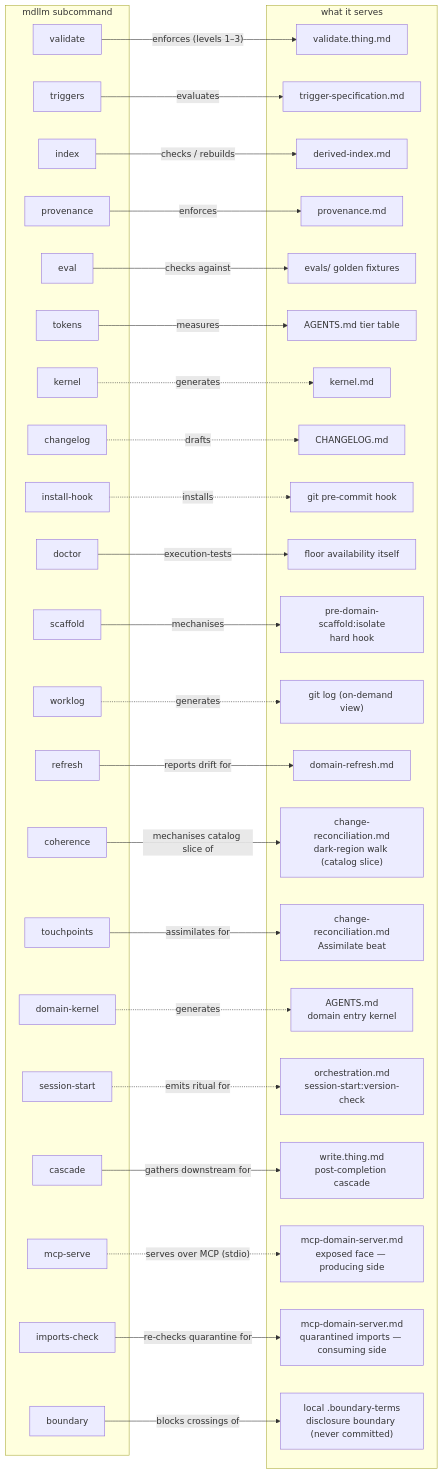
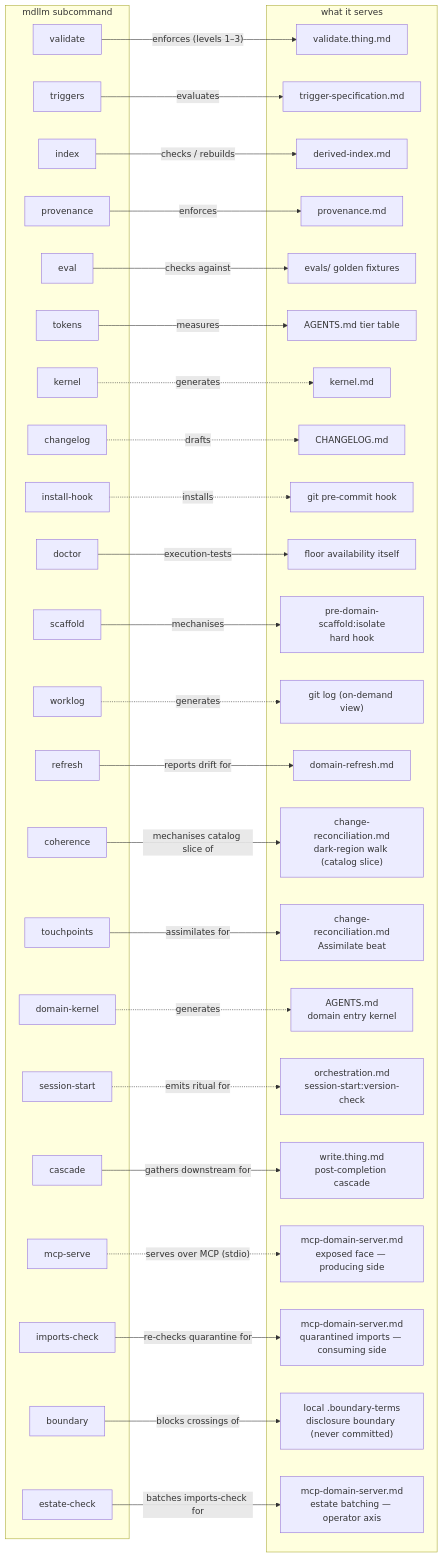
Before and after one commit to JanoshMoshiri/MarkdownLLM: the third of 3 diagrams in docs/framework-map.md, drawn with Mermaid. The commit also changed other lines of this file and 5 other files, not shown here.

````diff
--- a/docs/framework-map.md
+++ b/docs/framework-map.md
@@ -174,71 +174,74 @@
 ```mermaid
 flowchart LR
     subgraph cli ["mdllm subcommand"]
         C1["validate"]
         C2["triggers"]
         C3["index"]
         C4["provenance"]
         C5["eval"]
         C6["tokens"]
         C7["kernel"]
         C8["changelog"]
         C9["install-hook"]
         C10["doctor"]
         C11["scaffold"]
         C12["worklog"]
         C13["refresh"]
         C14["coherence"]
         C15["touchpoints"]
         C16["domain-kernel"]
         C17["session-start"]
         C18["cascade"]
         C19["mcp-serve"]
         C20["imports-check"]
         C21["boundary"]
+        C22["estate-check"]
     end
     subgraph target ["what it serves"]
         T1["validate.thing.md"]
         T2["trigger-specification.md"]
         T3["derived-index.md"]
         T4["provenance.md"]
         T5["evals/ golden fixtures"]
         T6["AGENTS.md tier table"]
         T7["kernel.md"]
         T8["CHANGELOG.md"]
         T9["git pre-commit hook"]
         T10["floor availability itself"]
         T11["pre-domain-scaffold:isolate<br/>hard hook"]
         T12["git log (on-demand view)"]
         T13["domain-refresh.md"]
         T14["change-reconciliation.md<br/>dark-region walk (catalog slice)"]
         T15["change-reconciliation.md<br/>Assimilate beat"]
         T16["AGENTS.md<br/>domain entry kernel"]
         T17["orchestration.md<br/>session-start:version-check"]
         T18["write.thing.md<br/>post-completion cascade"]
         T19["mcp-domain-server.md<br/>exposed face — producing side"]
         T20["mcp-domain-server.md<br/>quarantined imports — consuming side"]
         T21["local .boundary-terms<br/>disclosure boundary (never committed)"]
+        T22["mcp-domain-server.md<br/>estate batching — operator axis"]
     end
 
     C1 -->|"enforces (levels 1–3)"| T1
     C2 -->|evaluates| T2
     C3 -->|"checks / rebuilds"| T3
     C4 -->|enforces| T4
     C5 -->|checks against| T5
     C6 -->|measures| T6
     C7 -.->|generates| T7
     C8 -.->|drafts| T8
     C9 -.->|installs| T9
     C10 -->|"execution-tests"| T10
     C11 -->|mechanises| T11
     C12 -.->|generates| T12
     C13 -->|"reports drift for"| T13
     C14 -->|"mechanises catalog slice of"| T14
     C15 -->|"assimilates for"| T15
     C16 -.->|"generates"| T16
     C17 -.->|"emits ritual for"| T17
     C18 -->|"gathers downstream for"| T18
     C19 -.->|"serves over MCP (stdio)"| T19
     C20 -->|"re-checks quarantine for"| T20
     C21 -->|"blocks crossings of"| T21
+    C22 -->|"batches imports-check for"| T22
 ```
````
